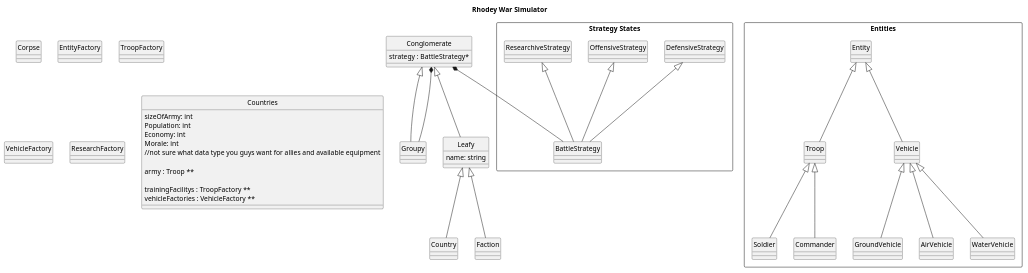
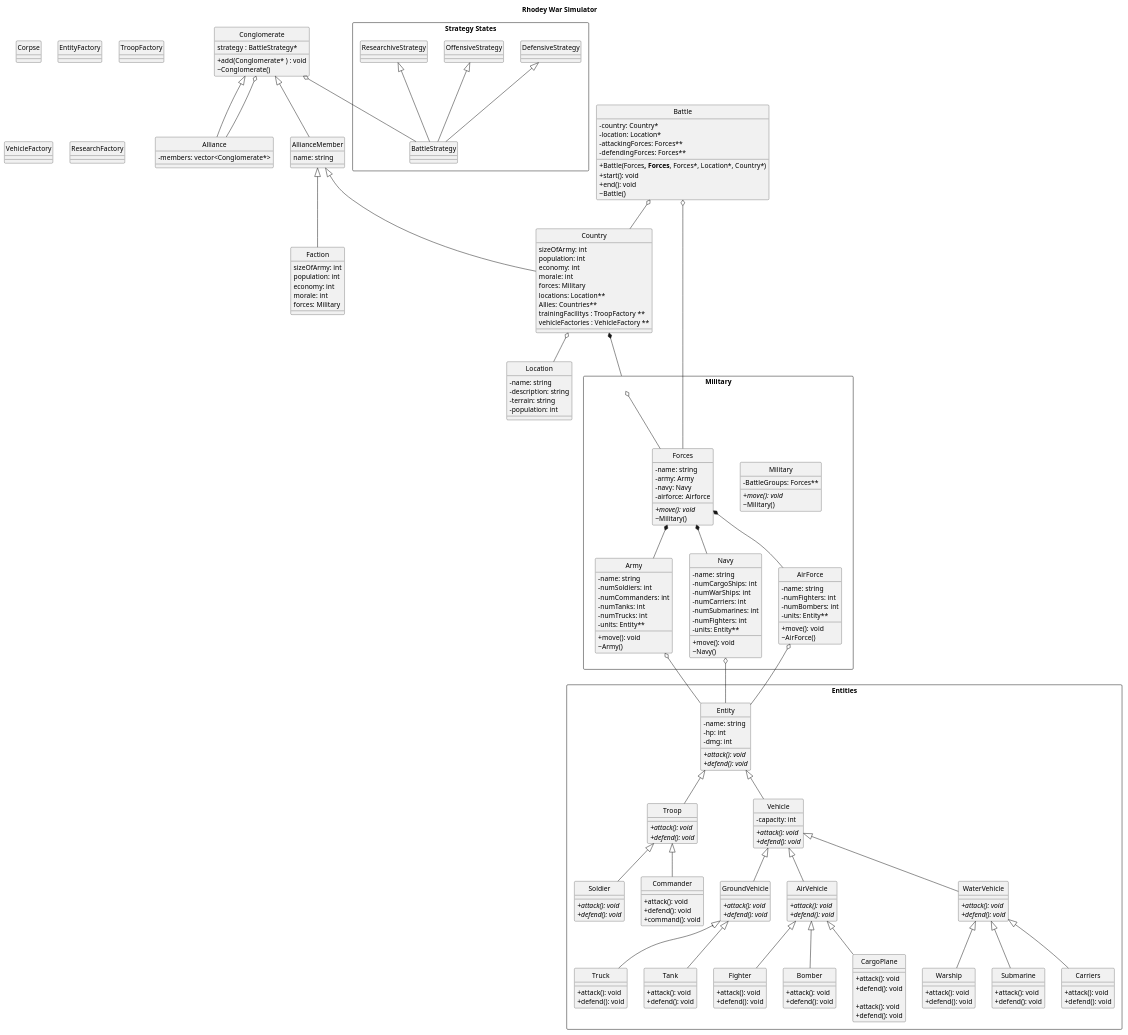
Before and after one commit to The-TAPMFPs/rhodey: the diagram in Docs/main.puml, drawn with PlantUML.

Commit message:
Expanded the UML Class Diagram
Expanded Entities, Added Military, Locations, Country and Battle.

```diff
--- a/Docs/main.puml
+++ b/Docs/main.puml
@@ -2,16 +2,78 @@
 @startuml
+skinparam classAttributeIconSize 0
 title Rhodey War Simulator
 hide circle
 
 ' ===== CLASSES =====
 class Conglomerate {
     strategy : BattleStrategy*
+    + add(Conglomerate* ) : void
+    ~Conglomerate()
 }
-class Groupy
+class Alliance{
+    - members: vector<Conglomerate*>
 
-class Leafy {
+}
+
+class AllianceMember {
     name: string
+    
+
 }
+
+
+
+
+rectangle Military{
+    class Military{
+        - BattleGroups: Forces**
+        {abstract} + move(): void
+        ~Military()
+    }
+
+    class Forces{
+        - name: string
+        - army: Army
+        - navy: Navy
+        - airforce: Airforce
+        {abstract} + move(): void
+        ~Military()
+    }
+
+    class Army{
+        - name: string
+        - numSoldiers: int
+        - numCommanders: int
+        - numTanks: int
+        - numTrucks: int
+        - units: Entity**
+        + move(): void
+        ~Army()
+    }
+
+    class Navy{
+        - name: string
+        - numCargoShips: int
+        - numWarShips: int
+        - numCarriers: int
+        - numSubmarines: int
+        - numFighters: int
+        - units: Entity**
+        + move(): void
+        ~Navy()
+    }
+
+    class AirForce{
+        - name: string
+        - numFighters: int
+        - numBombers: int
+        - units: Entity**
+        + move(): void
+        ~AirForce()
+    }
+}
+
+
 class Corpse
 
 class EntityFactory
@@ -19,33 +81,156 @@
 class VehicleFactory
 class ResearchFactory
 
-class Countries{
+class Faction{
     sizeOfArmy: int
-    Population: int
-    Economy: int
-    Morale: int
-    //not sure what data type you guys want for allies and available equipment 
-     
-    army : Troop **
-    
+    population: int
+    economy: int
+    morale: int
+    forces: Military
+}
+
+class Country{
+    sizeOfArmy: int
+    population: int
+    economy: int
+    morale: int
+    forces: Military
+    locations: Location**
+    Allies: Countries**
     trainingFacilitys : TroopFactory **
     vehicleFactories : VehicleFactory **
 }
 
+class Location{
+    - name: string
+    - description: string
+    - terrain: string
+    - population: int
+
+}
+
+class Battle{
+    - country: Country*
+    - location: Location*
+    - attackingForces: Forces**
+    - defendingForces: Forces**
+    + Battle(Forces**, Forces**, Forces*, Location*, Country*)
+    + start(): void
+    + end(): void
+    ~Battle()
+}
+
+
+
 
 ' == Entities == '
 rectangle "Entities" {
-    class Troop
-    class Entity
-    class Vehicle
-    class GroundVehicle
-    class AirVehicle
-    class WaterVehicle
-    class Soldier
-    class Commander
+    
+
+    class Entity{
+        - name: string
+        - hp: int
+        - dmg: int
+        {abstract} + attack(): void
+        {abstract} + defend(): void
+
+
+    }
+
+
+
+    class Troop{
+        {abstract} + attack(): void
+        {abstract} + defend(): void
+
+    }
+
+    class Vehicle{
+        - capacity: int
+        {abstract} + attack(): void
+        {abstract} + defend(): void
+    }
+
+    class GroundVehicle{
+        {abstract} + attack(): void
+        {abstract} + defend(): void
+    }
+
+    class Truck{
+        + attack(): void
+        + defend(): void
+    }
+
+    class Tank{
+        + attack(): void
+        + defend(): void
+    }
+
+    class AirVehicle{
+        {abstract} + attack(): void
+        {abstract} + defend(): void
+    }
+
+    class Fighter{
+        + attack(): void
+        + defend(): void
+    }
+
+    class Bomber{
+        + attack(): void
+        + defend(): void
+    }
+
+    class CargoPlane{
+
+        + attack(): void
+        + defend(): void
+    }
+
+    class WaterVehicle{
+
+        {abstract} + attack(): void
+        {abstract} + defend(): void
+    }
+
+    class CargoPlane{
+
+        + attack(): void
+        + defend(): void
+    }
+
+    class Warship{
+
+        + attack(): void
+        + defend(): void
+    }
+
+    class Submarine{
+
+        + attack(): void
+        + defend(): void
+    }
+
+    class Carriers{
+
+        + attack(): void
+        + defend(): void
+    }
+
+    class Soldier{
+
+        {abstract} + attack(): void
+        {abstract} + defend(): void
+    }
+
+    class Commander{
+        + attack(): void
+        + defend(): void
+        + command(): void
+    }
 }
 
-' Different straegy states'
+' Different strategy states'
 rectangle "Strategy States" {
     class BattleStrategy
     class DefensiveStrategy
@@ -61,12 +246,37 @@
 Vehicle <|-- GroundVehicle
 Vehicle <|-- AirVehicle
 Vehicle <|-- WaterVehicle
-Leafy <|-- Country
-Leafy <|-- Faction
-Conglomerate <|-- Groupy
-Conglomerate <|-- Leafy
-Conglomerate *-- Groupy
-Conglomerate *-- BattleStrategy
+GroundVehicle <|-- Truck
+GroundVehicle <|-- Tank
+AirVehicle <|-- Fighter
+AirVehicle <|-- Bomber
+AirVehicle <|-- CargoPlane
+WaterVehicle <|-- Warship
+WaterVehicle <|-- Carriers
+WaterVehicle <|-- Submarine
+
+Forces *-- Army
+Forces *-- Navy
+Forces *-- AirForce
+
+Military o-- Forces
+
+Army o-- Entity
+Navy o-- Entity
+AirForce o-- Entity
+
+Country o-- Location
+Country *-- Military
+
+Battle o-- Country
+Battle o-- Forces
+
+AllianceMember <|-- Country
+AllianceMember <|-- Faction
+Conglomerate <|-- Alliance
+Conglomerate <|-- AllianceMember
+Conglomerate o-- Alliance
+Conglomerate o-- BattleStrategy
 DefensiveStrategy <|-- BattleStrategy
 OffensiveStrategy <|-- BattleStrategy
 ResearchiveStrategy <|-- BattleStrategy
```
